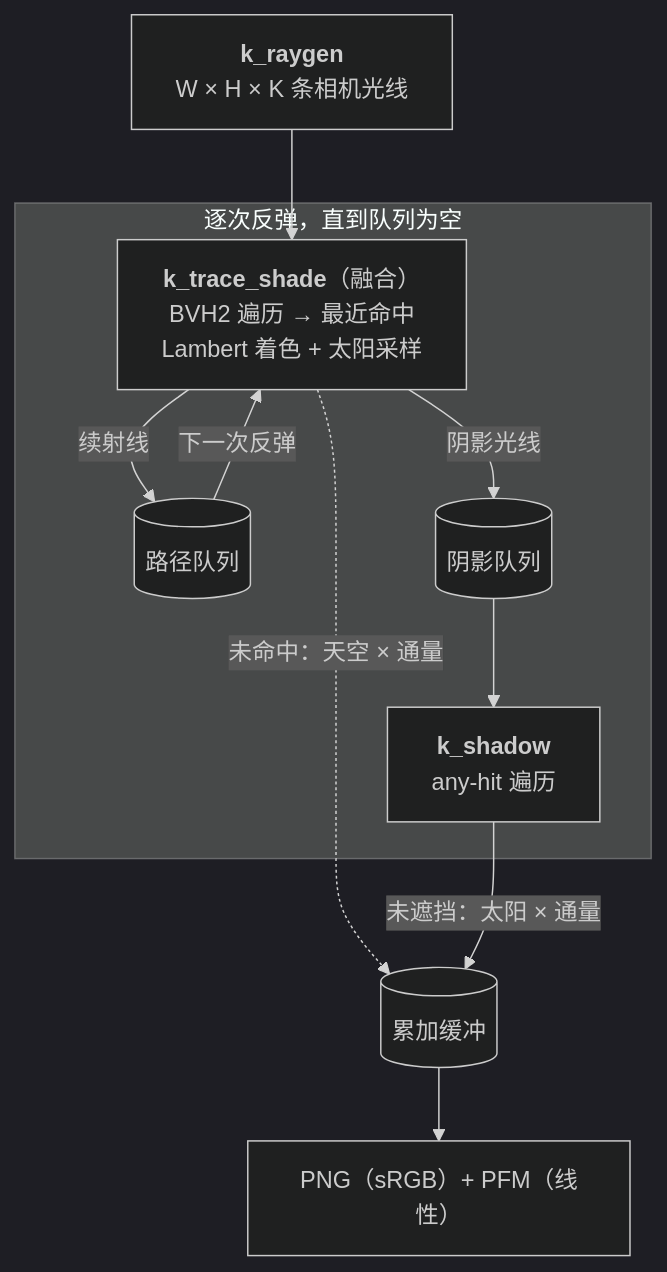
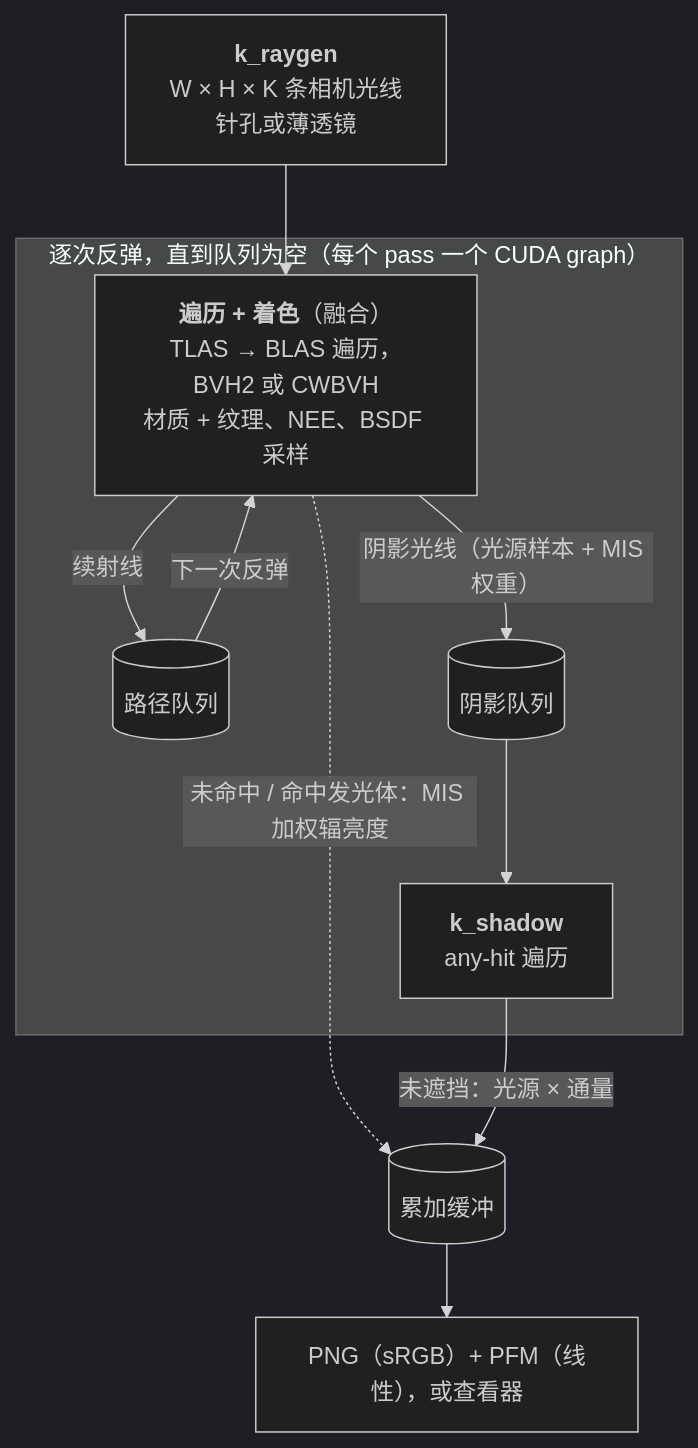
One commit to YJLi-new/cuda-wavefront-pathtracer changed the diagram in README.zh-CN.md. Above: the diagram before and after it, drawn with Mermaid (dark theme). The commit also changed other lines of this file and 6 other files, not shown here.

````diff
--- a/README.zh-CN.md
+++ b/README.zh-CN.md
@@ -74,14 +142,14 @@
 ```mermaid
 flowchart TD
-    A["<b>k_raygen</b><br/>W × H × K 条相机光线"] --> B
-    subgraph L ["逐次反弹，直到队列为空"]
-        B["<b>k_trace_shade</b>（融合）<br/>BVH2 遍历 → 最近命中<br/>Lambert 着色 + 太阳采样"]
+    A["<b>k_raygen</b><br/>W × H × K 条相机光线<br/>针孔或薄透镜"] --> B
+    subgraph L ["逐次反弹，直到队列为空（每个 pass 一个 CUDA graph）"]
+        B["<b>遍历 + 着色</b>（融合）<br/>TLAS → BLAS 遍历，BVH2 或 CWBVH<br/>材质 + 纹理、NEE、BSDF 采样"]
         B -->|"续射线"| C[("路径队列")]
-        B -->|"阴影光线"| D[("阴影队列")]
+        B -->|"阴影光线（光源样本 + MIS 权重）"| D[("阴影队列")]
         D --> E["<b>k_shadow</b><br/>any-hit 遍历"]
         C -->|"下一次反弹"| B
     end
-    B -.->|"未命中：天空 × 通量"| F[("累加缓冲")]
-    E -->|"未遮挡：太阳 × 通量"| F
-    F --> G["PNG（sRGB）+ PFM（线性）"]
+    B -.->|"未命中 / 命中发光体：MIS 加权辐亮度"| F[("累加缓冲")]
+    E -->|"未遮挡：光源 × 通量"| F
+    F --> G["PNG（sRGB）+ PFM（线性），或查看器"]
 ```
````
